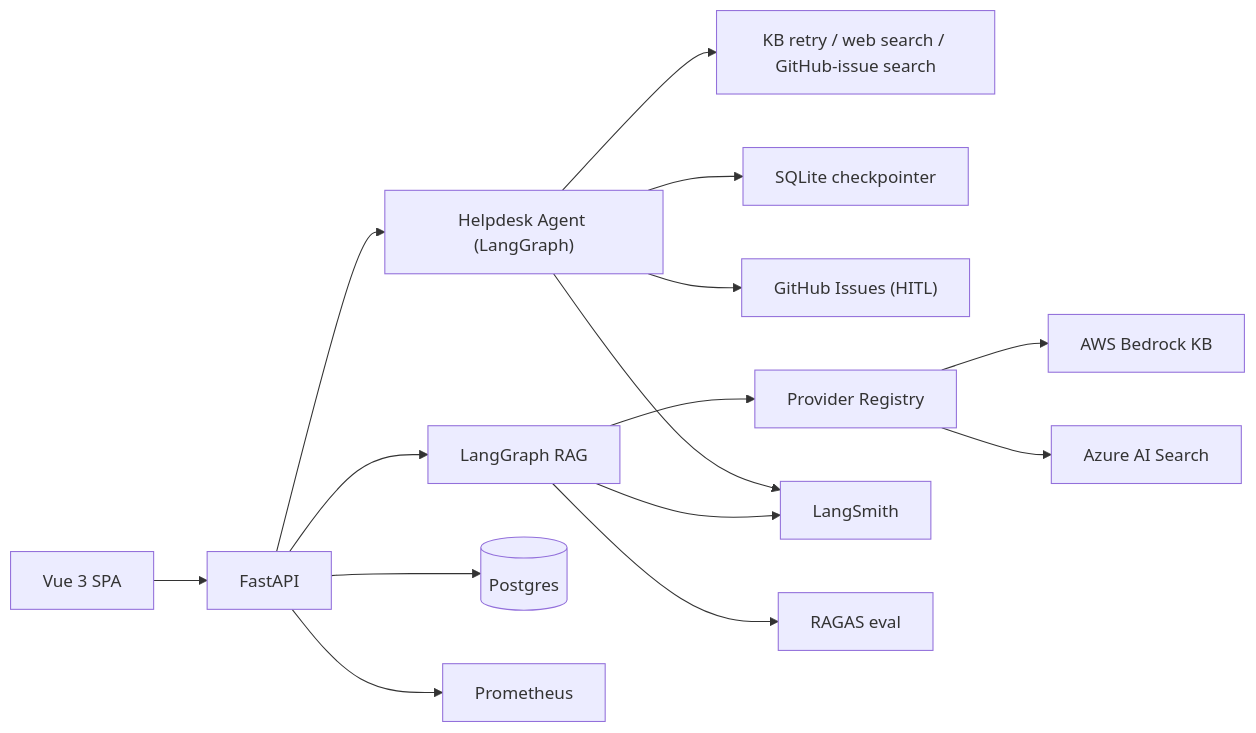
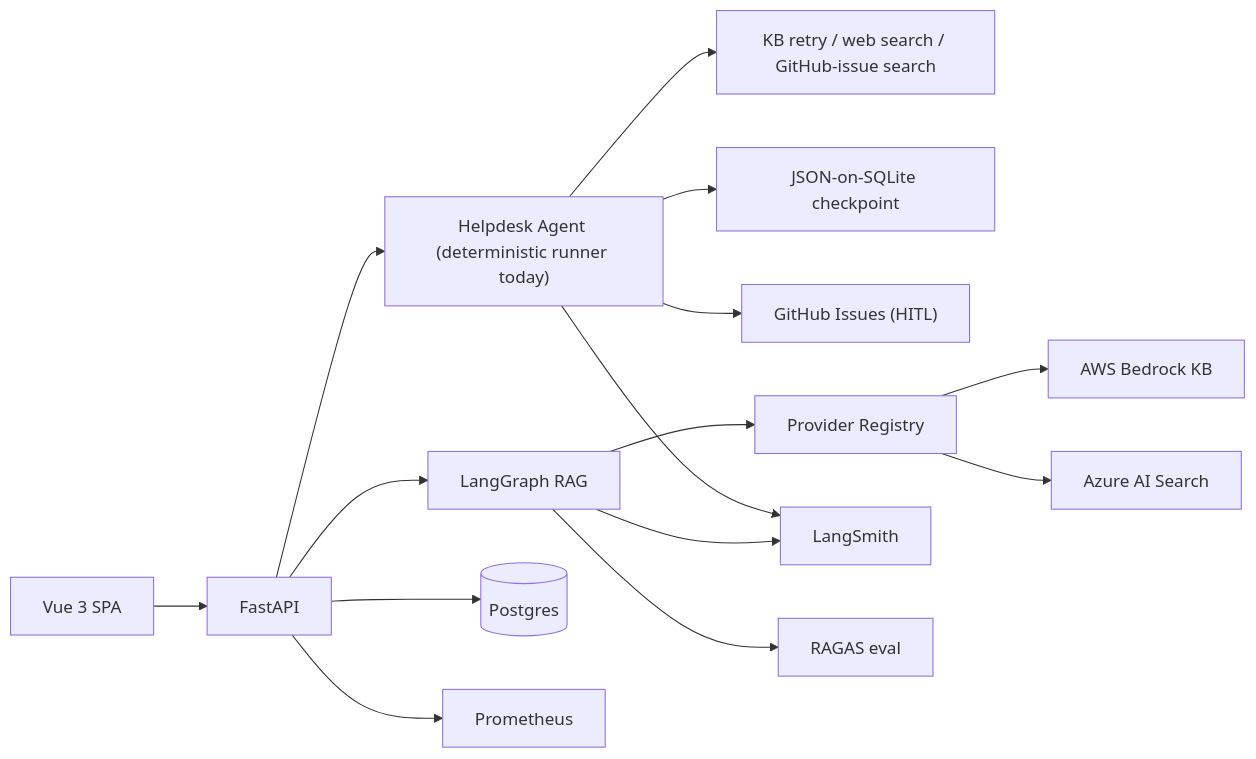
The diagram in README.md (sandeep-jay/campus-rag-assistant), drawn with Mermaid before and after one commit. The commit also changed other lines of this file and 15 other files, not shown here.

````diff
--- a/README.md
+++ b/README.md
@@ -76,17 +79,17 @@
 ```mermaid
 flowchart LR
   VueSPA["Vue 3 SPA"] --> FastAPI["FastAPI"]
   FastAPI --> LangGraph["LangGraph RAG"]
-  FastAPI --> HelpdeskAgent["Helpdesk Agent (LangGraph)"]
+  FastAPI --> HelpdeskAgent["Helpdesk Agent (deterministic runner today)"]
   HelpdeskAgent --> AgentTools["KB retry / web search / GitHub-issue search"]
-  HelpdeskAgent --> Checkpoint["SQLite checkpointer"]
+  HelpdeskAgent --> Checkpoint["JSON-on-SQLite checkpoint"]
   HelpdeskAgent --> GHIssues["GitHub Issues (HITL)"]
   LangGraph --> Providers["Provider Registry"]
   Providers --> BedrockKB["AWS Bedrock KB"]
   Providers --> AzureAI["Azure AI Search"]
   FastAPI --> Postgres[("Postgres")]
   FastAPI --> Prometheus["Prometheus"]
   LangGraph --> LangSmith["LangSmith"]
   HelpdeskAgent --> LangSmith
   LangGraph --> RAGAS["RAGAS eval"]
 ```
````
